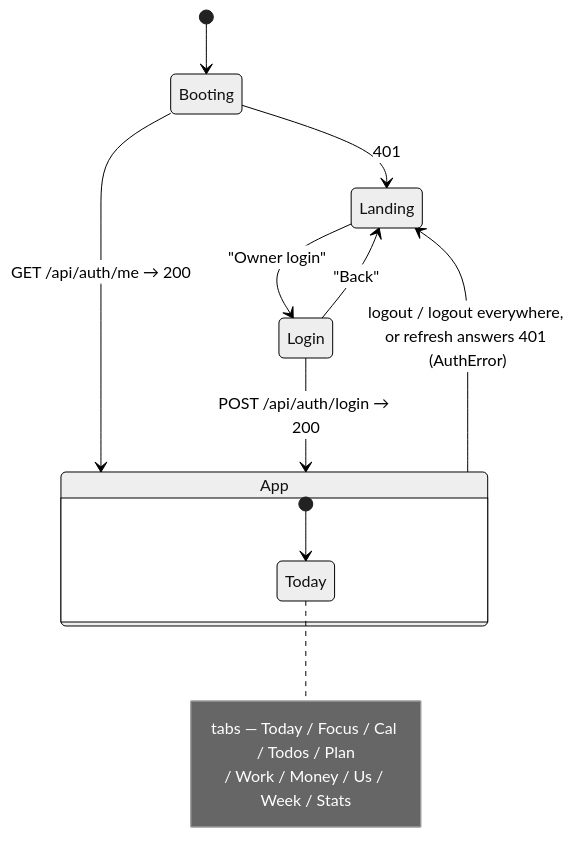
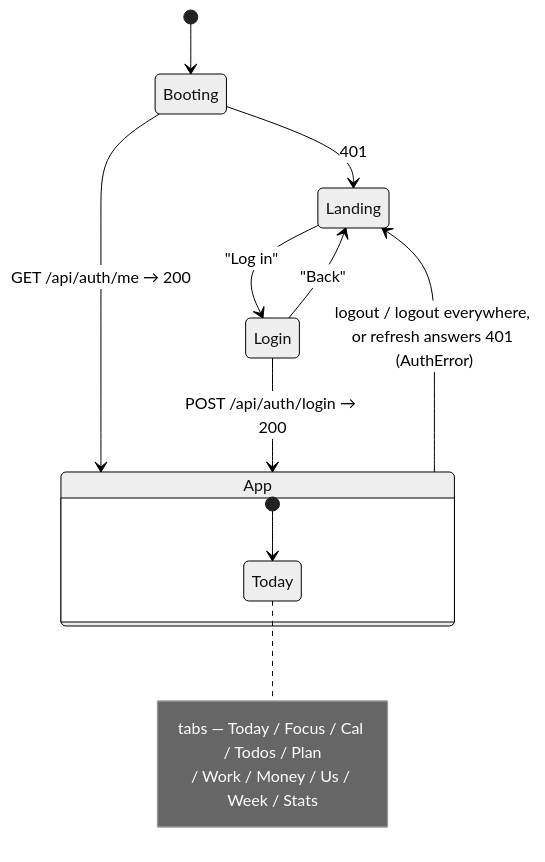
One commit to caseythecoder90/grindtrack changed the first of 2 diagrams in gt2/docs/frontend.md. Above: the diagram before and after it, drawn with Mermaid (neutral theme). The commit also changed other lines of this file and 45 other files, not shown here.

````diff
--- a/gt2/docs/frontend.md
+++ b/gt2/docs/frontend.md
@@ -124,17 +128,17 @@
 ```mermaid
 stateDiagram-v2
     [*] --> Booting
     Booting --> App : GET /api/auth/me → 200
     Booting --> Landing : 401
-    Landing --> Login : "Owner login"
+    Landing --> Login : "Log in"
     Login --> App : POST /api/auth/login → 200
     Login --> Landing : "Back"
     App --> Landing : logout / logout everywhere, or refresh answers 401 (AuthError)
     state App {
         [*] --> Today
         note right of Today
             tabs — Today / Focus / Cal / Todos / Plan
             / Work / Money / Us / Week / Stats
         end note
     }
 ```
````
